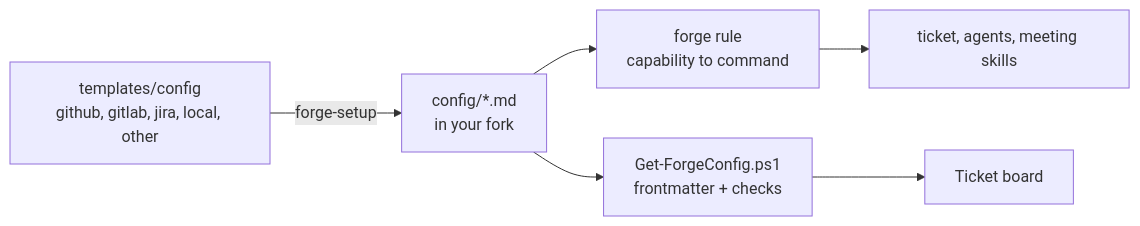
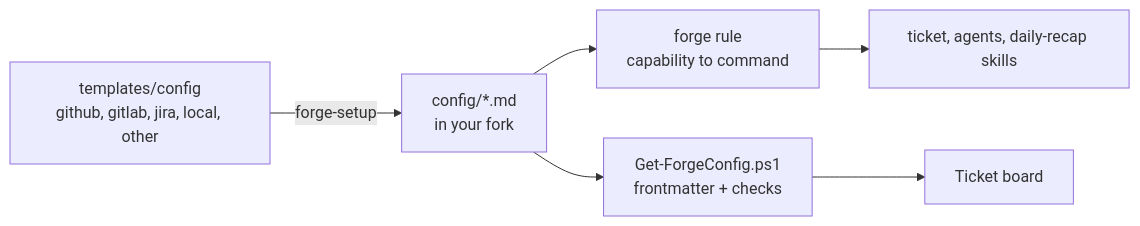
The diagram in docs/config.md (alexradunet/forge-engineering), drawn with Mermaid before and after one commit. The commit also changed 11 other files, not shown here.

First line of the commit message:
Rename the meeting skill to daily-recap

````diff
--- a/docs/config.md
+++ b/docs/config.md
@@ -15,8 +15,8 @@
 ```mermaid
 flowchart LR
   tpl["templates/config<br/>github, gitlab, jira, local, other"] -- forge-setup --> cfg["config/*.md<br/>in your fork"]
   cfg --> rule["forge rule<br/>capability to command"]
   cfg --> loader["Get-ForgeConfig.ps1<br/>frontmatter + checks"]
   loader --> board["Ticket board"]
-  rule --> skills["ticket, agents, meeting skills"]
+  rule --> skills["ticket, agents, daily-recap skills"]
 ```
````
